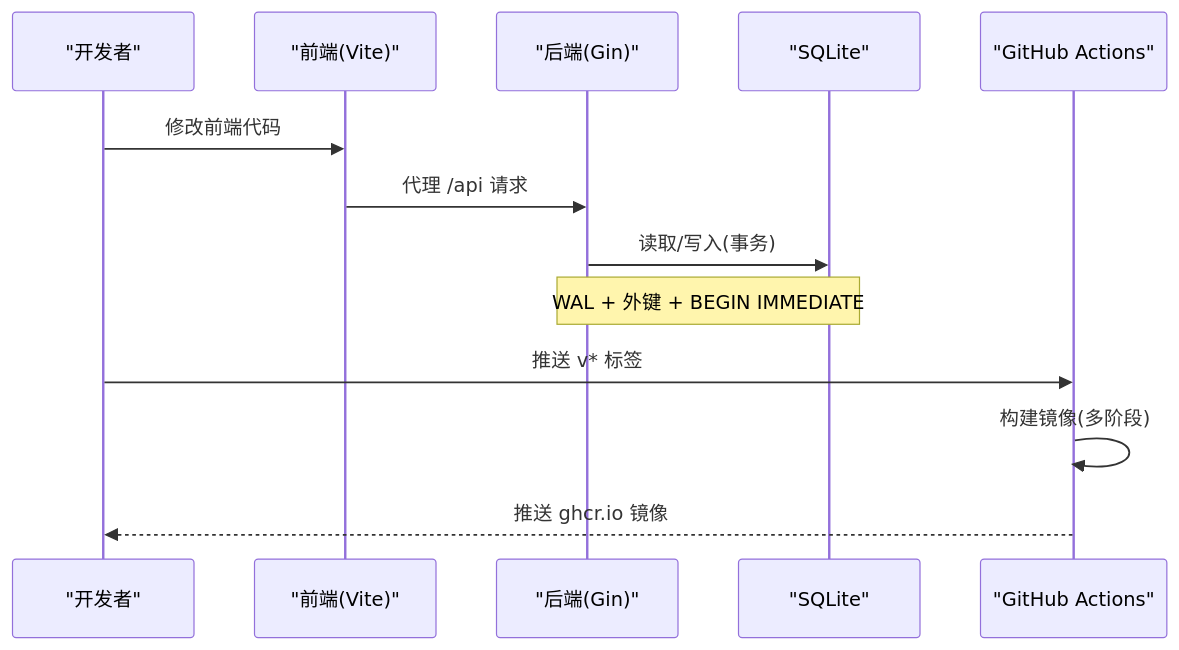
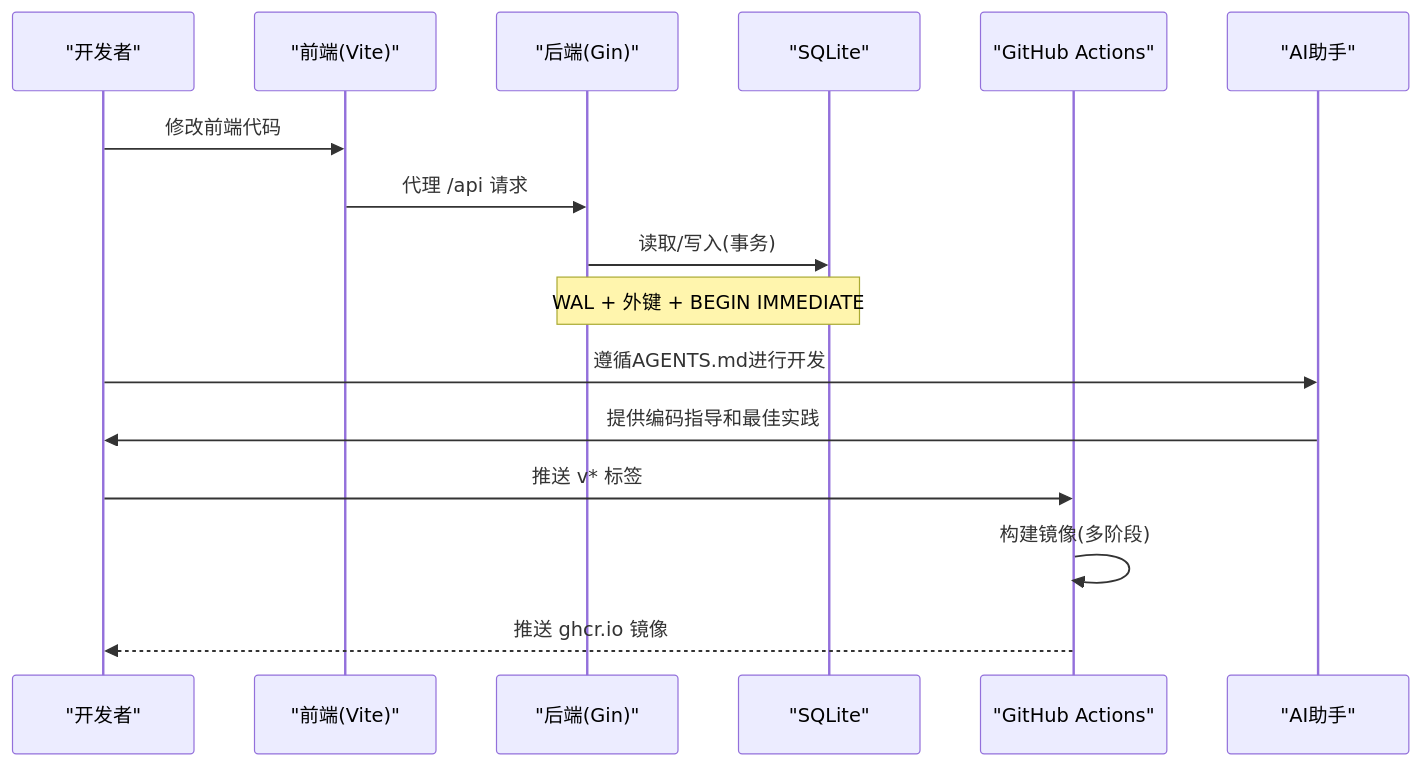
The second of 6 diagrams in .qoder/repowiki/zh/content/开发指南/开发工作流.md (AlcaProphet/VPN-Subscription-Management), drawn with Mermaid before and after one commit. The commit also changed other lines of this file and 102 other files, not shown here.

````diff
--- a/.qoder/repowiki/zh/content/开发指南/开发工作流.md
+++ b/.qoder/repowiki/zh/content/开发指南/开发工作流.md
@@ -79,15 +101,18 @@
 ```mermaid
 sequenceDiagram
 participant Dev as "开发者"
 participant FE as "前端(Vite)"
 participant BE as "后端(Gin)"
 participant DB as "SQLite"
 participant CI as "GitHub Actions"
+participant AI as "AI助手"
 Dev->>FE : 修改前端代码
 FE->>BE : 代理 /api 请求
 BE->>DB : 读取/写入(事务)
 Note over BE,DB : WAL + 外键 + BEGIN IMMEDIATE
+Dev->>AI : 遵循AGENTS.md进行开发
+AI->>Dev : 提供编码指导和最佳实践
 Dev->>CI : 推送 v* 标签
 CI->>CI : 构建镜像(多阶段)
 CI-->>Dev : 推送 ghcr.io 镜像
 ```
````
